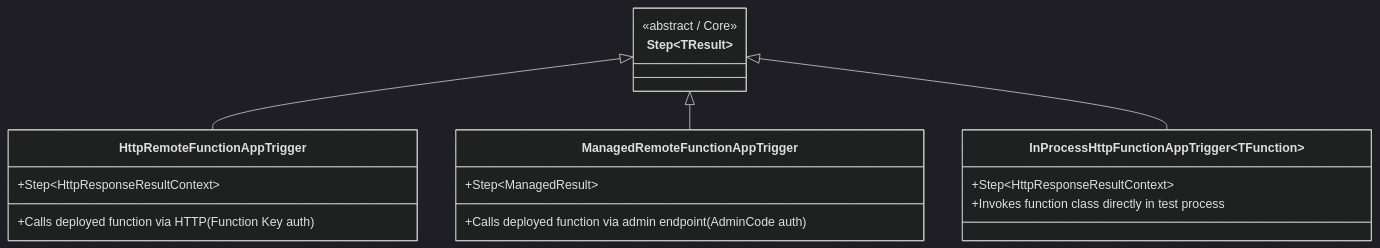
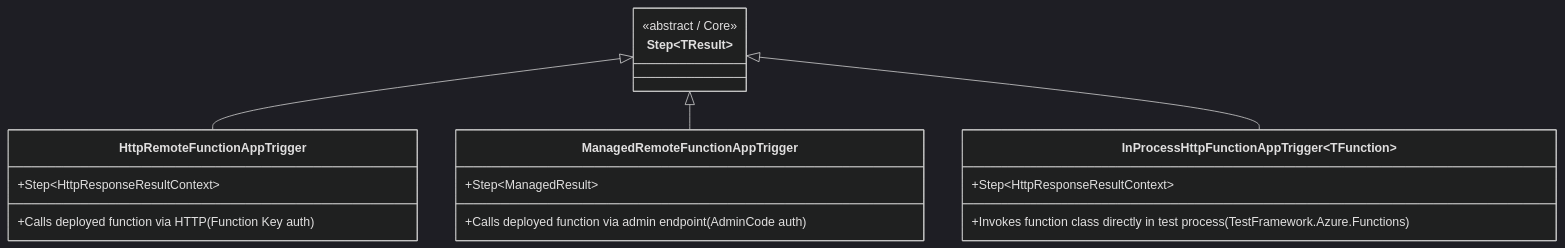
One commit to DeadMoon0/TestFramework-Azure changed the sixth of 17 diagrams in Documentation/Arc42.md. Above: the diagram before and after it, drawn with Mermaid (dark theme). The commit also changed other lines of this file and 6 other files, not shown here.

Commit message:
Release workflow and docs for TestFramework.Azure.Functions

````diff
--- a/Documentation/Arc42.md
+++ b/Documentation/Arc42.md
@@ -324,19 +330,19 @@
 ```mermaid
 classDiagram
     class Step~TResult~ {<<abstract / Core>>}
     class HttpRemoteFunctionAppTrigger {
         +Step~HttpResponseResultContext~
         +Calls deployed function via HTTP (Function Key auth)
     }
     class ManagedRemoteFunctionAppTrigger {
         +Step~ManagedResult~
         +Calls deployed function via admin endpoint (AdminCode auth)
     }
     class InProcessHttpFunctionAppTrigger~TFunction~ {
         +Step~HttpResponseResultContext~
-        +Invokes function class directly in test process
+        +Invokes function class directly in test process (TestFramework.Azure.Functions)
     }
     Step~TResult~ <|-- HttpRemoteFunctionAppTrigger
     Step~TResult~ <|-- ManagedRemoteFunctionAppTrigger
     Step~TResult~ <|-- InProcessHttpFunctionAppTrigger~TFunction~
 ```
````
